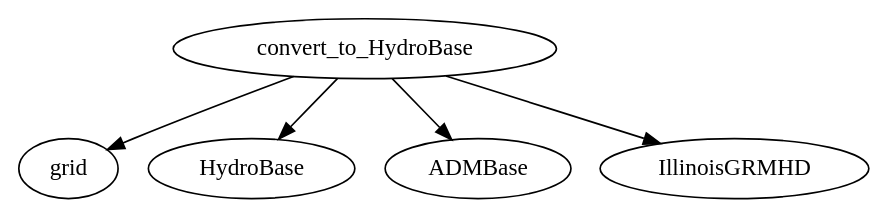
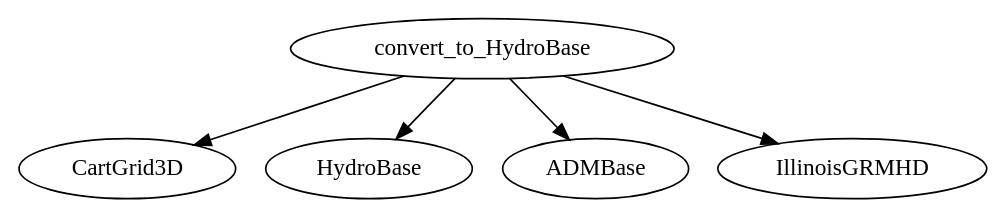
One commit to YuLiumt/Cactus changed the third of 3 diagrams in note/Guide/evolution.rst. Above: the diagram before and after it, drawn with Graphviz. The commit also changed other lines of this file and 91 other files, not shown here.

```diff
--- a/note/Guide/evolution.rst
+++ b/note/Guide/evolution.rst
@@ -104,6 +367,6 @@
 .. digraph:: foo
 
-    "convert_to_HydroBase" -> "grid";
+    "convert_to_HydroBase" -> "CartGrid3D";
     "convert_to_HydroBase" -> "HydroBase";
     "convert_to_HydroBase" -> "ADMBase";
     "convert_to_HydroBase" -> "IllinoisGRMHD";
```
